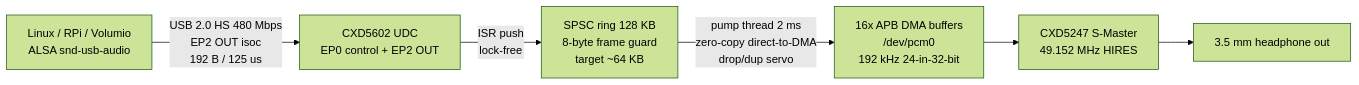
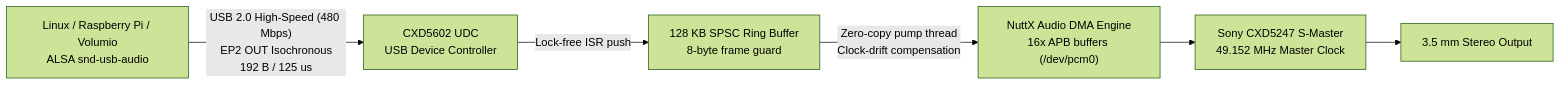
The diagram in README.md (ootake0914-dotcom/spresense-uac2-dac), drawn with Mermaid (forest theme) before and after one commit. The commit also changed other lines of this file, not shown here.

````diff
--- a/README.md
+++ b/README.md
@@ -28,8 +26,8 @@
 ```mermaid
 flowchart LR
-    PC["Linux / RPi / Volumio<br/>ALSA snd-usb-audio"] -- "USB 2.0 HS 480 Mbps<br/>EP2 OUT isoc<br/>192 B / 125 us" --> UDC["CXD5602 UDC<br/>EP0 control + EP2 OUT"]
-    UDC -- "ISR push<br/>lock-free" --> RING["SPSC ring 128 KB<br/>8-byte frame guard<br/>target ~64 KB"]
-    RING -- "pump thread 2 ms<br/>zero-copy direct-to-DMA<br/>drop/dup servo" --> APB["16x APB DMA buffers<br/>/dev/pcm0<br/>192 kHz 24-in-32-bit"]
-    APB --> SM["CXD5247 S-Master<br/>49.152 MHz HIRES"]
-    SM --> HP["3.5 mm headphone out"]
+    PC["Linux / Raspberry Pi / Volumio<br/>ALSA snd-usb-audio"] -- "USB 2.0 High-Speed (480 Mbps)<br/>EP2 OUT Isochronous<br/>192 B / 125 us" --> UDC["CXD5602 UDC<br/>USB Device Controller"]
+    UDC -- "Lock-free ISR push" --> RING["128 KB SPSC Ring Buffer<br/>8-byte frame guard"]
+    RING -- "Zero-copy pump thread<br/>Clock-drift compensation" --> APB["NuttX Audio DMA Engine<br/>16x APB buffers (/dev/pcm0)"]
+    APB --> SM["Sony CXD5247 S-Master<br/>49.152 MHz Master Clock"]
+    SM --> HP["3.5 mm Stereo Output"]
 ```
````
